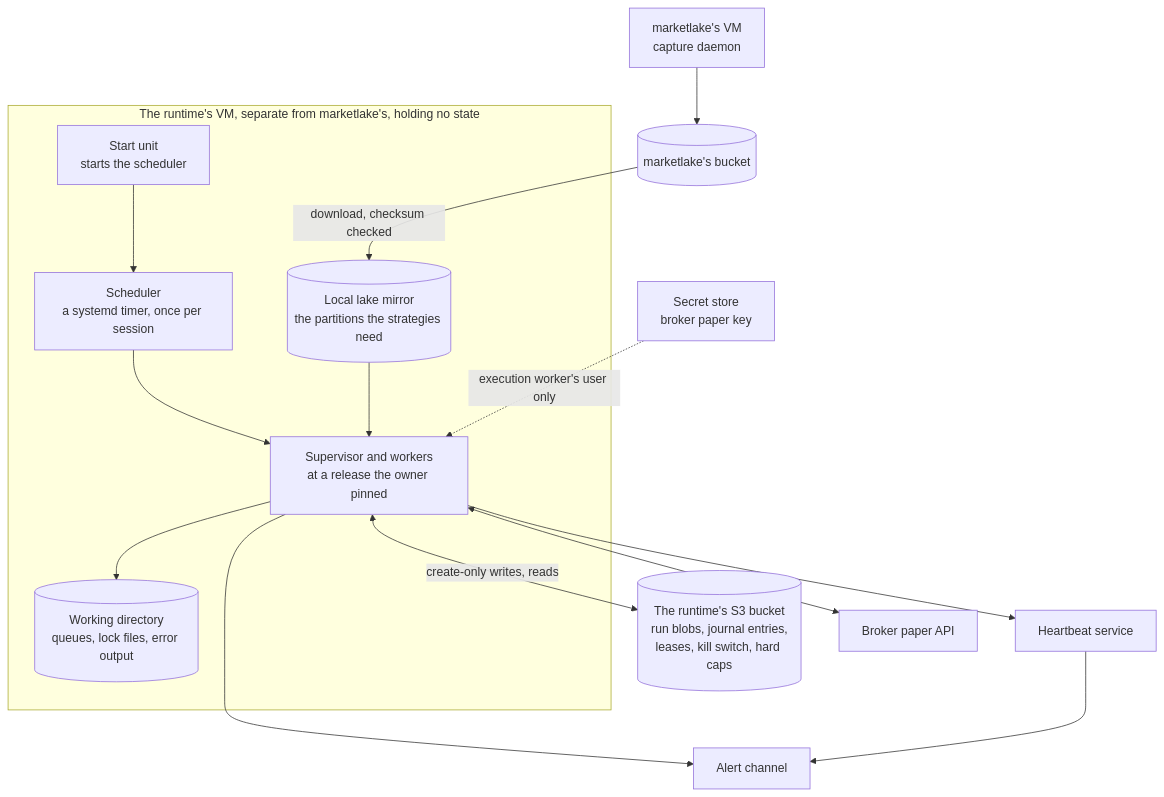
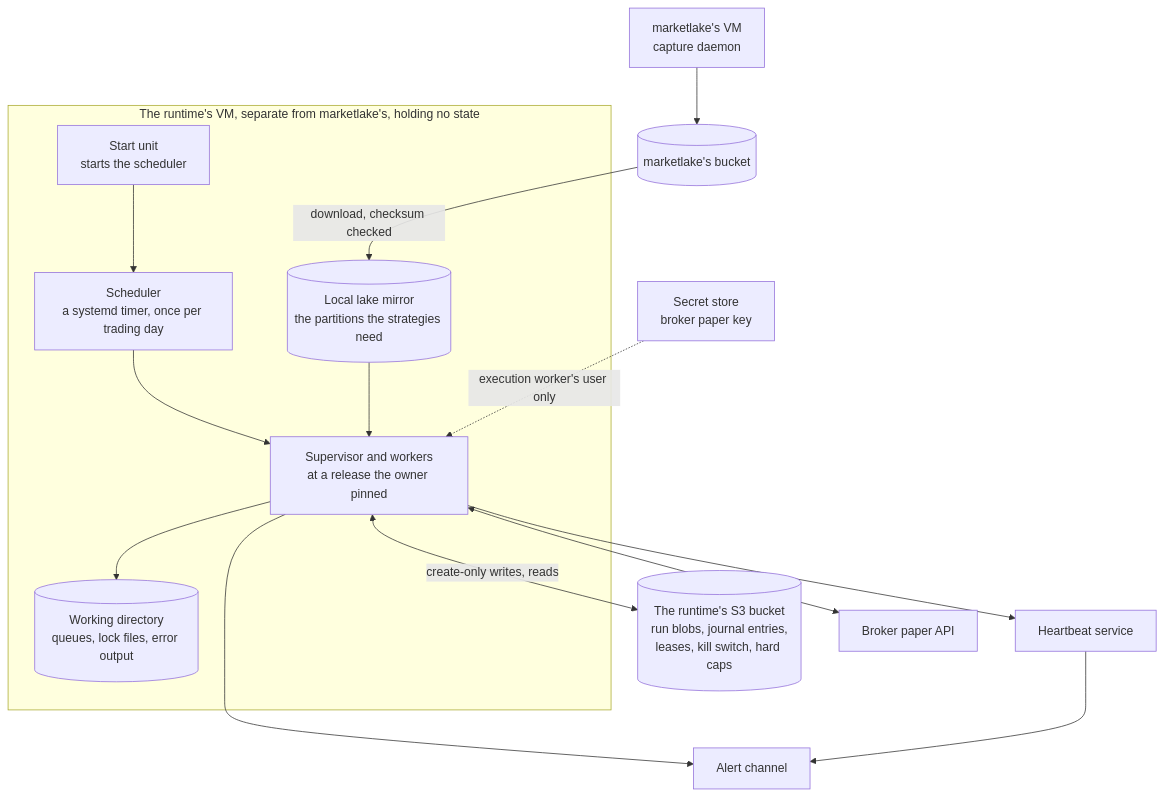
Diagram 15 of 16 in docs/architecture.md (l3a0/ithildin-runtime), drawn with Mermaid before and after one commit. The commit also changed other lines of this file and 2 other files, not shown here.

First line of the commit message:
docs(design): trade at any time of day, as often as a strategy needs, for any strategy

````diff
--- a/docs/architecture.md
+++ b/docs/architecture.md
@@ -1462,29 +1479,29 @@
 ```mermaid
 flowchart TB
     subgraph host["The runtime's VM, separate from marketlake's, holding no state"]
         start["Start unit<br/>starts the scheduler"]
-        timer["Scheduler<br/>a systemd timer, once per session"]
+        timer["Scheduler<br/>a systemd timer, once per trading day"]
         run["Supervisor and workers<br/>at a release the owner pinned"]
         work[("Working directory<br/>queues, lock files, error output")]
         mirror[("Local lake mirror<br/>the partitions the strategies need")]
         start --> timer --> run
         run --> work
         mirror --> run
     end
     mlvm["marketlake's VM<br/>capture daemon"]
     lake[("marketlake's bucket")]
     bucket[("The runtime's S3 bucket<br/>run blobs, journal entries,<br/>leases, kill switch, hard caps")]
     secrets["Secret store<br/>broker paper key"]
     broker["Broker paper API"]
     beat["Heartbeat service"]
     alerts["Alert channel"]
 
     mlvm --> lake
     lake -->|"download, checksum checked"| mirror
     run <-->|"create-only writes, reads"| bucket
     secrets -. "execution worker's user only" .-> run
     run <--> broker
     run --> beat
     run --> alerts
     beat --> alerts
 ```
````
